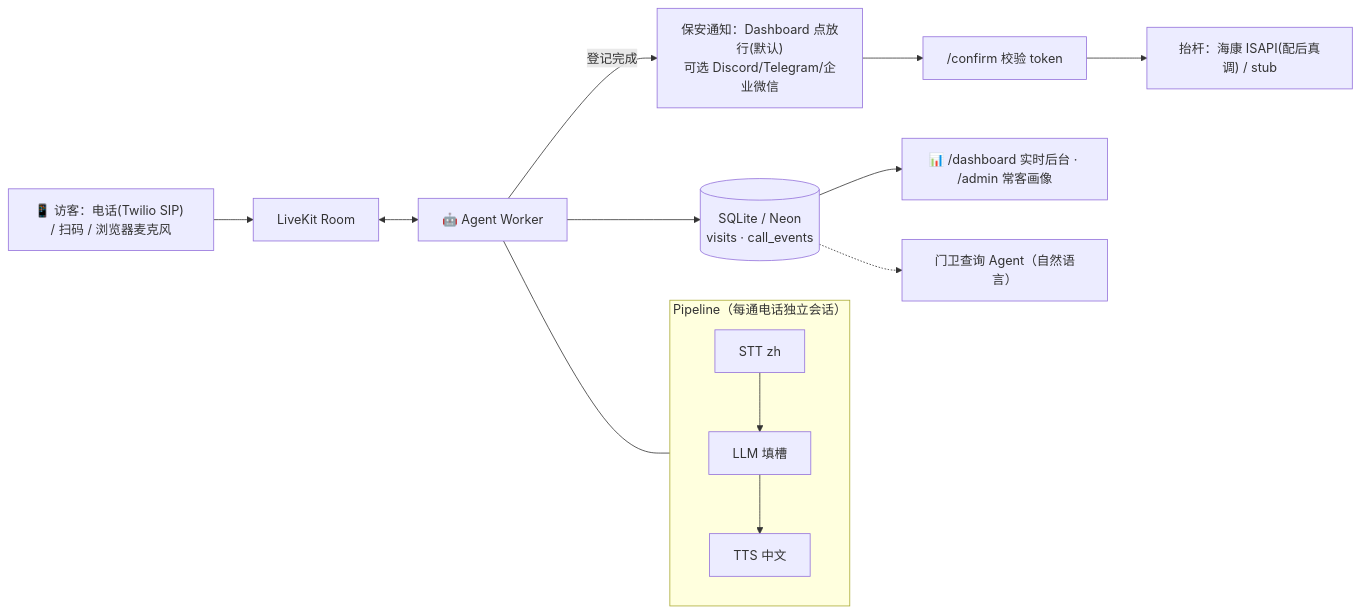
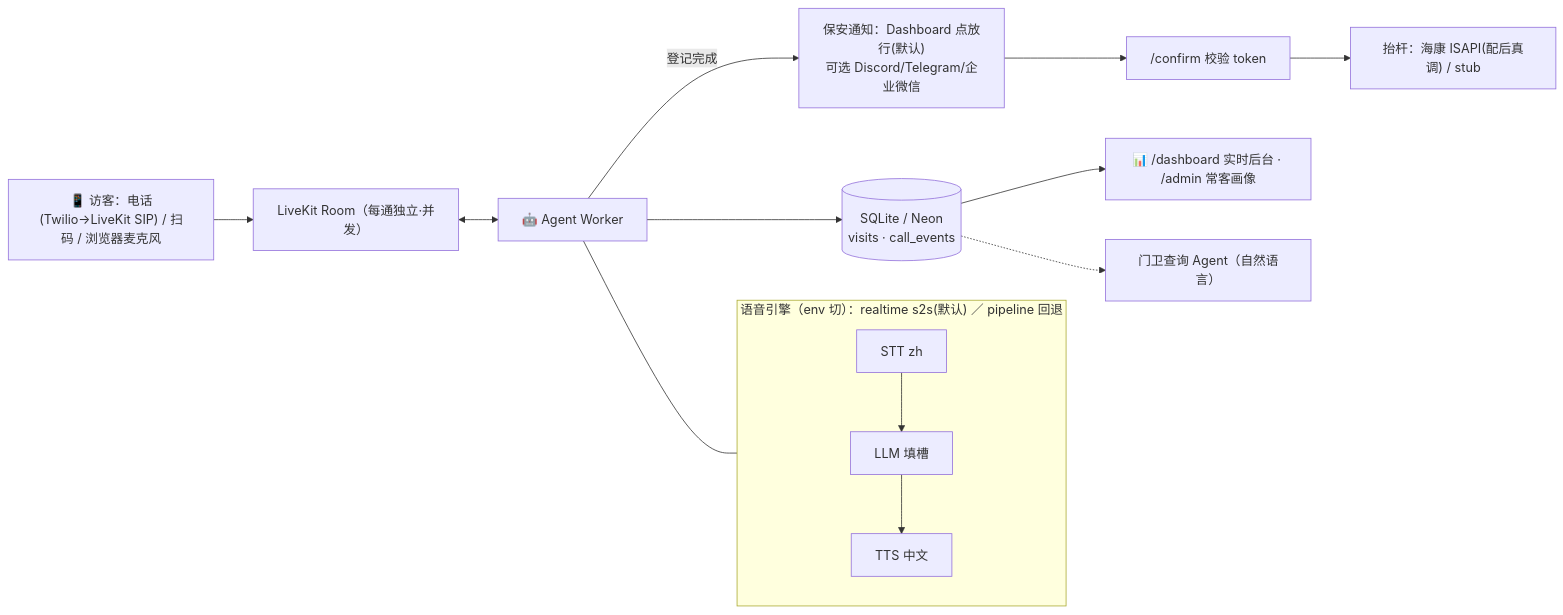
Before and after one commit to WeijieCao77/jingyu-task: the diagram in README.md, drawn with Mermaid. The commit also changed other lines of this file and 5 other files, not shown here.

First line of the commit message:
feat: inbound phone call path (Twilio→LiveKit SIP→agent) + caller-ID phone prefill

````diff
--- a/README.md
+++ b/README.md
@@ -9,14 +9,14 @@
 ```mermaid
 flowchart LR
-    V["📱 访客：电话(Twilio SIP) / 扫码 / 浏览器麦克风"] --> LK["LiveKit Room"]
+    V["📱 访客：电话(Twilio→LiveKit SIP) / 扫码 / 浏览器麦克风"] --> LK["LiveKit Room（每通独立·并发）"]
     LK <--> W["🤖 Agent Worker"]
-    subgraph P["Pipeline（每通电话独立会话）"]
+    subgraph P["语音引擎（env 切）：realtime s2s(默认) ／ pipeline 回退"]
       STT["STT zh"] --> LLM["LLM 填槽"] --> TTS["TTS 中文"]
     end
     W --- P
     W -->|登记完成| N["保安通知：Dashboard 点放行(默认)<br/>可选 Discord/Telegram/企业微信"]
     W --> DB[("SQLite / Neon<br/>visits · call_events")]
     DB --> D["📊 /dashboard 实时后台 · /admin 常客画像"]
     N --> C["/confirm 校验 token"] --> G["抬杆：海康 ISAPI(配后真调) / stub"]
     DB -.-> Q["门卫查询 Agent（自然语言）"]
 ```
````
